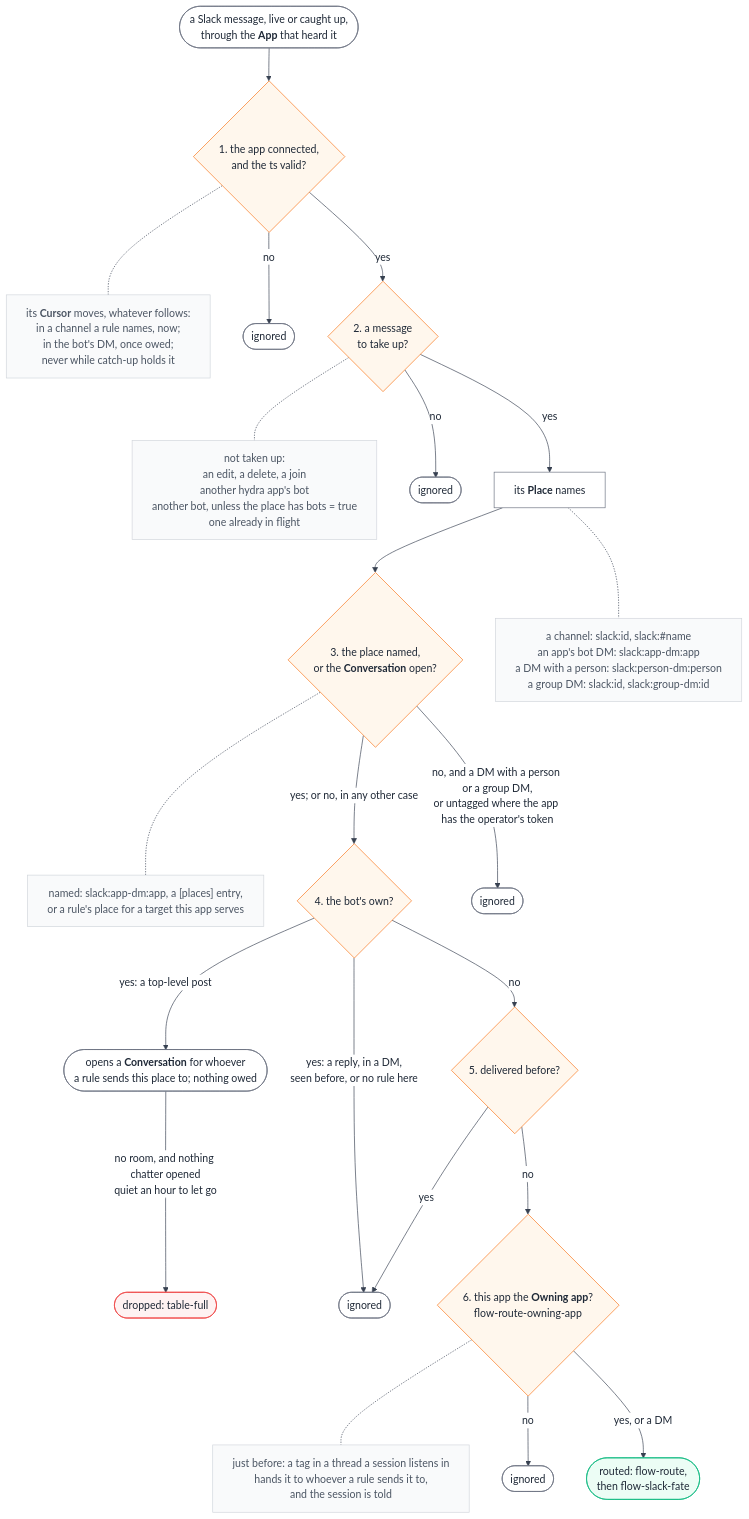
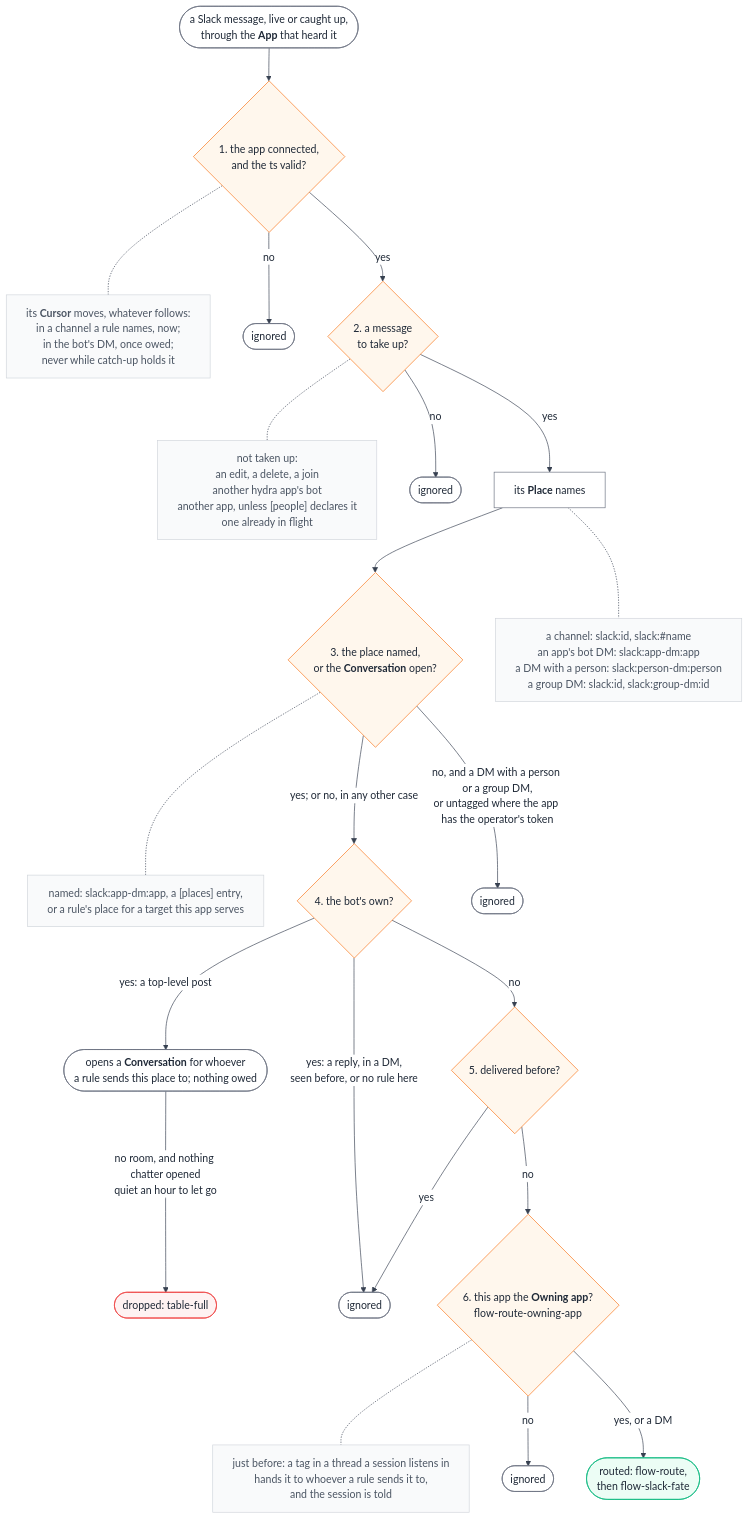
The diagram in diagrams/flow-slack-accept.mmd (sf8193/hydra), drawn with Mermaid before and after one commit. The commit also changed 33 other files, not shown here.

First line of the commit message:
Another app is heard when hydra.toml declares it as a person; retire bots (#962)

```diff
--- a/diagrams/flow-slack-accept.mmd
+++ b/diagrams/flow-slack-accept.mmd
@@ -1,57 +1,57 @@
 %%{init: {"theme":"base","themeVariables":{"background":"#ffffff","primaryColor":"#ffffff","primaryBorderColor":"#6b7280","primaryTextColor":"#1f2937","lineColor":"#374151","clusterBkg":"#ffffff","clusterBorder":"#d1d5db"},"flowchart":{"wrappingWidth":420,"useMaxWidth":false}}}%%
 %% Which Slack messages does an app take up and hand to routing?
 %% ConversationTable.handle and classify, connectors/slack/watch.ts:734 and :756.
 %% Before: flow-slack-hear, flow-slack-catchup. Next: flow-route-owning-app, flow-route, flow-slack-fate.
 flowchart TD
   in(["a Slack message, live or caught up,<br/>through the <b>App</b> that heard it"])
   g1{"1. the app connected,<br/>and the ts valid?"}
   cur["its <b>Cursor</b> moves, whatever follows:<br/>in a channel a rule names, now;<br/>in the bot's DM, once owed;<br/>never while catch-up holds it"]
   g2{"2. a message<br/>to take up?"}
-  n2["not taken up:<br/>an edit, a delete, a join<br/>another hydra app's bot<br/>another bot, unless the place has bots = true<br/>one already in flight"]
+  n2["not taken up:<br/>an edit, a delete, a join<br/>another hydra app's bot<br/>another app, unless [people] declares it<br/>one already in flight"]
   names["its <b>Place</b> names"]
   nn["a channel: slack:id, slack:#name<br/>an app's bot DM: slack:app-dm:app<br/>a DM with a person: slack:person-dm:person<br/>a group DM: slack:id, slack:group-dm:id"]
   g3{"3. the place named,<br/>or the <b>Conversation</b> open?"}
   n3["named: slack:app-dm:app, a [places] entry,<br/>or a rule's place for a target this app serves"]
   g4{"4. the bot's own?"}
   own(["opens a <b>Conversation</b> for whoever<br/>a rule sends this place to; nothing owed"])
   g5{"5. delivered before?"}
   take["just before: a tag in a thread a session listens in<br/>hands it to whoever a rule sends it to,<br/>and the session is told"]
   g6{"6. this app the <b>Owning app</b>?<br/>flow-route-owning-app"}
   routed(["routed: flow-route,<br/>then flow-slack-fate"])
   ign1(["ignored"])
   ign2(["ignored"])
   ign3(["ignored"])
   ign4(["ignored"])
   ign5(["ignored"])
   tfull(["dropped: table-full"])
 
   in --> g1
   g1 -.- cur
   g1 -->|no| ign1
   g1 -->|yes| g2
   g2 -.- n2
   g2 -->|no| ign2
   g2 -->|yes| names --> g3
   names -.- nn
   g3 -.- n3
   g3 -->|"yes; or no, in any other case"| g4
   g3 -->|"no, and a DM with a person or a group DM,<br/>or untagged where the app has the operator's token"| ign3
   g4 -->|"yes: a top-level post"| own
   own -->|"no room, and nothing chatter opened<br/>quiet an hour to let go"| tfull
   g4 -->|"yes: a reply, in a DM,<br/>seen before, or no rule here"| ign4
   g4 -->|no| g5
   g5 -->|yes| ign4
   g5 -->|no| g6
   g6 -.- take
   g6 -->|"no"| ign5
   g6 -->|"yes, or a DM"| routed
 
   classDef gate fill:#fff7ed,stroke:#f97316,color:#1f2937
   classDef stop fill:#fef2f2,stroke:#ef4444,color:#1f2937
   classDef wait fill:#f3f4f6,stroke:#9ca3af,color:#1f2937
   classDef done fill:#ecfdf5,stroke:#10b981,color:#1f2937
   classDef note fill:#f9fafb,stroke:#d1d5db,color:#4b5563
   class g1,g2,g3,g4,g5,g6 gate
   class tfull stop
   class routed done
   class cur,n2,nn,n3,take note
```
